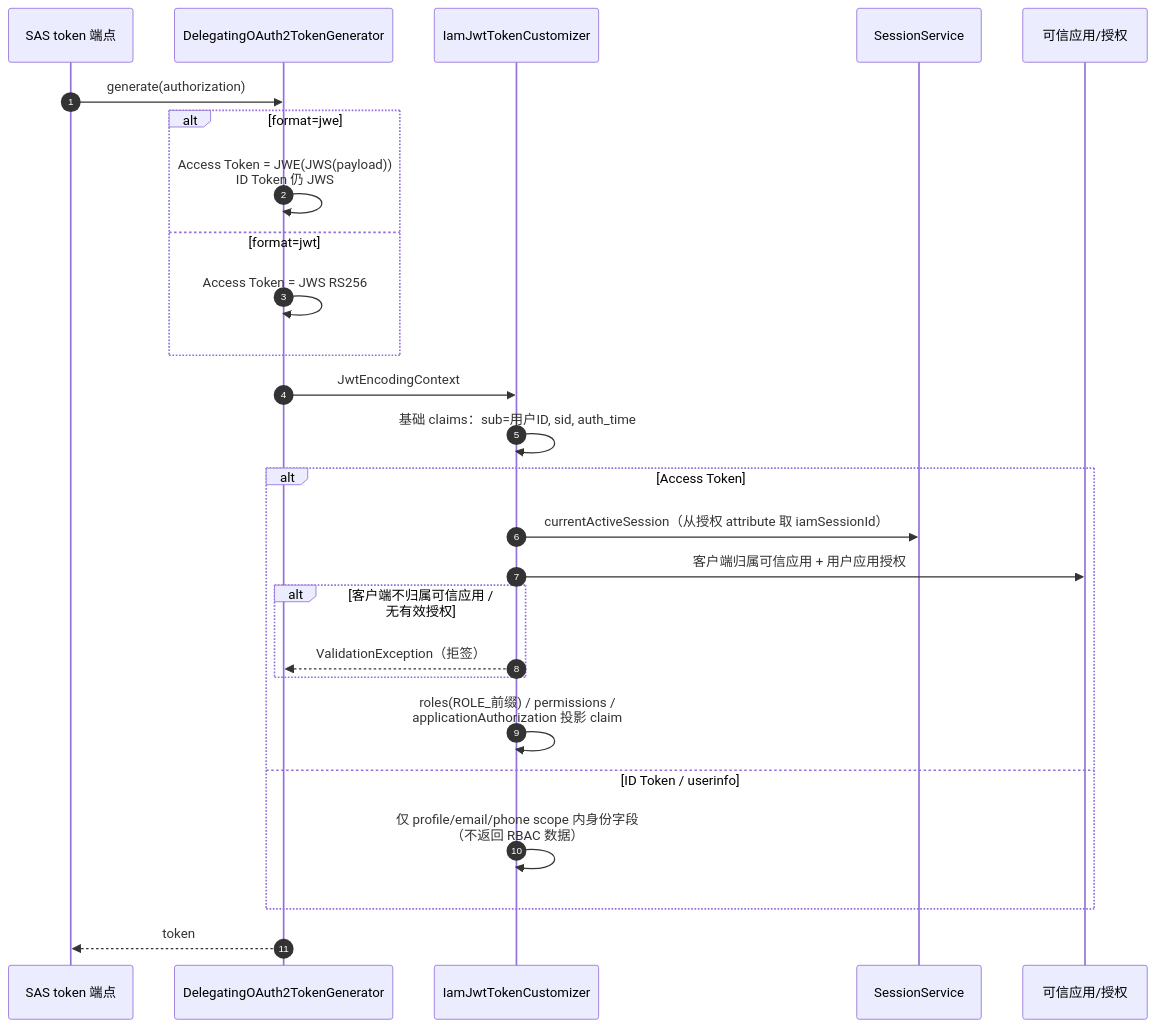
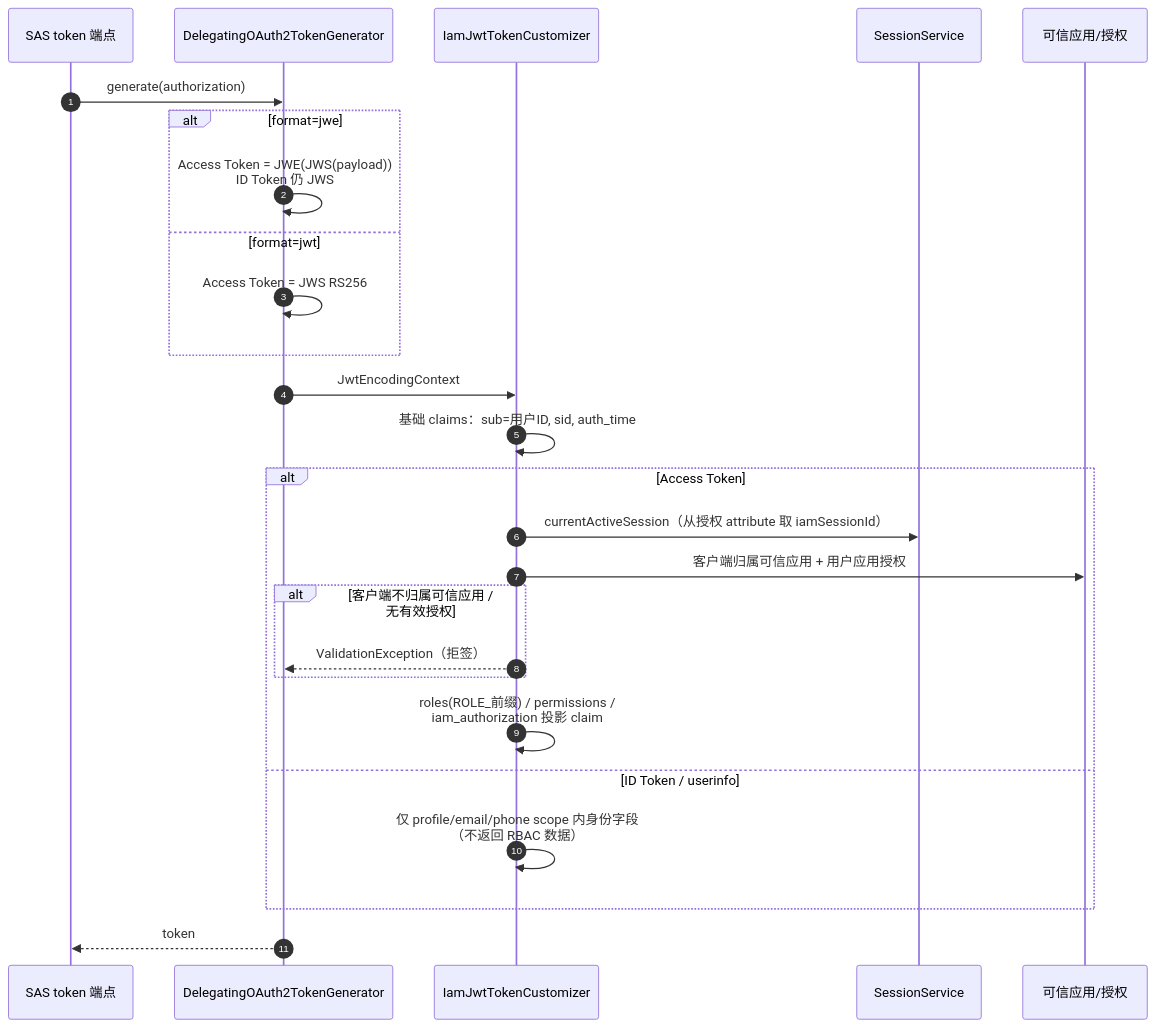
The second of 4 diagrams in sdk/auth/iam/server/simple-iam-server-starter/docs/领域文档/OAuth2与令牌验证.md (Sure-Zzzzzz/normal-sdks), drawn with Mermaid before and after one commit. The commit also changed other lines of this file and 5 other files, not shown here.

````diff
--- a/sdk/auth/iam/server/simple-iam-server-starter/docs/领域文档/OAuth2与令牌验证.md
+++ b/sdk/auth/iam/server/simple-iam-server-starter/docs/领域文档/OAuth2与令牌验证.md
@@ -47,29 +47,29 @@
 ```mermaid
 sequenceDiagram
     autonumber
     participant AS as SAS token 端点
     participant G as DelegatingOAuth2TokenGenerator
     participant CZ as IamJwtTokenCustomizer
     participant SS as SessionService
     participant TA as 可信应用/授权
 
     AS->>G: generate(authorization)
     alt format=jwe
         G->>G: Access Token = JWE(JWS(payload))<br/>ID Token 仍 JWS
     else format=jwt
         G->>G: Access Token = JWS RS256
     end
     G->>CZ: JwtEncodingContext
     CZ->>CZ: 基础 claims：sub=用户ID, sid, auth_time
     alt Access Token
         CZ->>SS: currentActiveSession（从授权 attribute 取 iamSessionId）
         CZ->>TA: 客户端归属可信应用 + 用户应用授权
         alt 客户端不归属可信应用 / 无有效授权
             CZ-->>G: ValidationException（拒签）
         end
-        CZ->>CZ: roles(ROLE_前缀) / permissions /<br/>applicationAuthorization 投影 claim
+        CZ->>CZ: roles(ROLE_前缀) / permissions /<br/>iam_authorization 投影 claim
     else ID Token / userinfo
         CZ->>CZ: 仅 profile/email/phone scope 内身份字段<br/>（不返回 RBAC 数据）
     end
     G-->>AS: token
 ```
````
